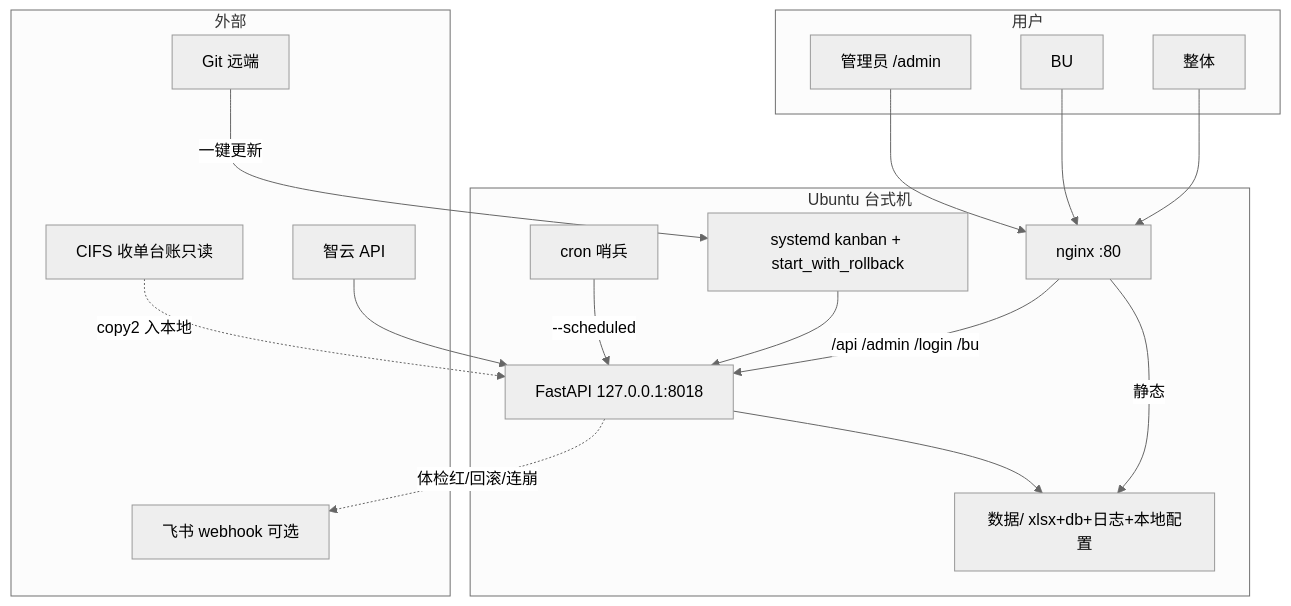
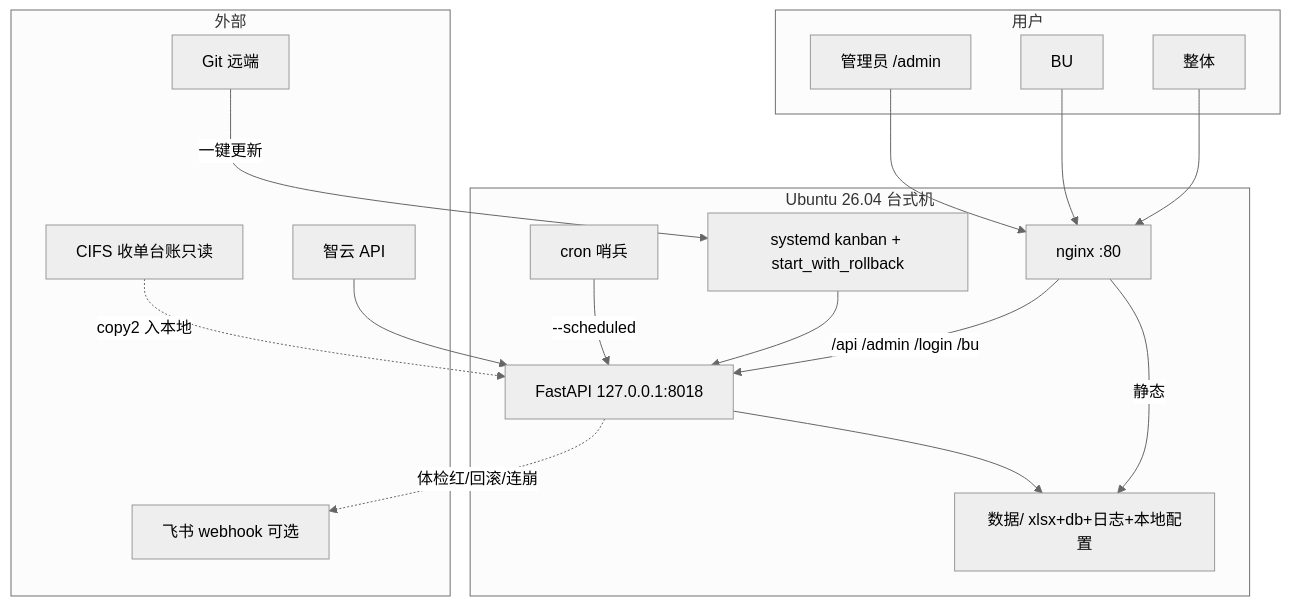
The diagram in docs/softeng/09_部署架构说明.md (EvanLee2004/BI), drawn with Mermaid (neutral theme) before and after one commit. The commit also changed other lines of this file and 8 other files, not shown here.

````diff
--- a/docs/softeng/09_部署架构说明.md
+++ b/docs/softeng/09_部署架构说明.md
@@ -17,31 +17,31 @@
 ```mermaid
 flowchart TB
   subgraph 外部
     ZY[智云 API]
     SMB[CIFS 收单台账只读]
     GIT[Git 远端]
     FS[飞书 webhook 可选]
   end
-  subgraph 部署机["Ubuntu 台式机"]
+  subgraph 部署机["Ubuntu 26.04 台式机"]
     NGX[nginx :80]
     SYS[systemd kanban + start_with_rollback]
     CRON[cron 哨兵]
     APP[FastAPI 127.0.0.1:8018]
     DATA[数据/ xlsx+db+日志+本地配置]
   end
   subgraph 用户
     B1[整体]
     B2[BU]
     B3[管理员 /admin]
   end
   B1 & B2 & B3 --> NGX
   NGX -->|静态| DATA
   NGX -->|/api /admin /login /bu| APP
   SYS --> APP
   CRON -->|--scheduled| APP
   APP --> DATA
   ZY --> APP
   SMB -.->|copy2 入本地| APP
   APP -.->|体检红/回滚/连崩| FS
   GIT -->|一键更新| SYS
 ```
````
